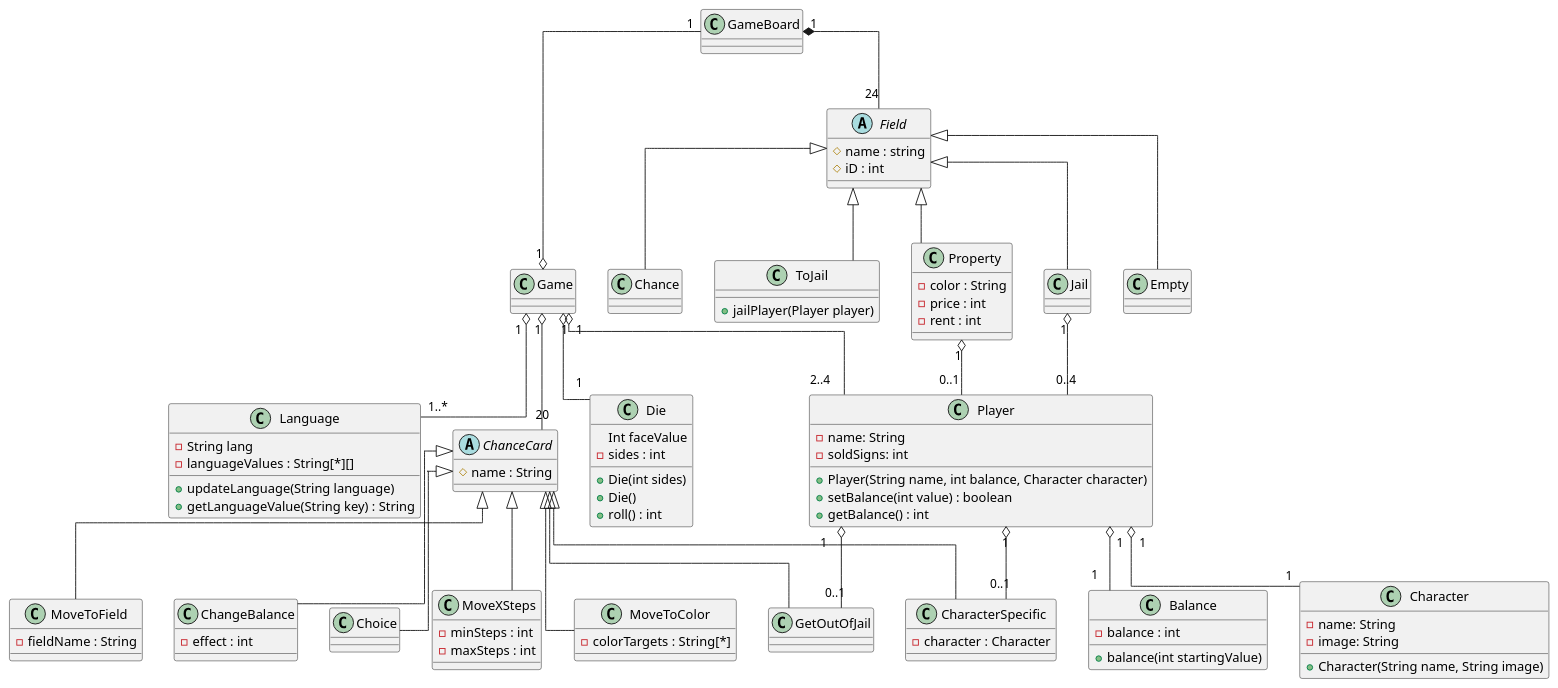
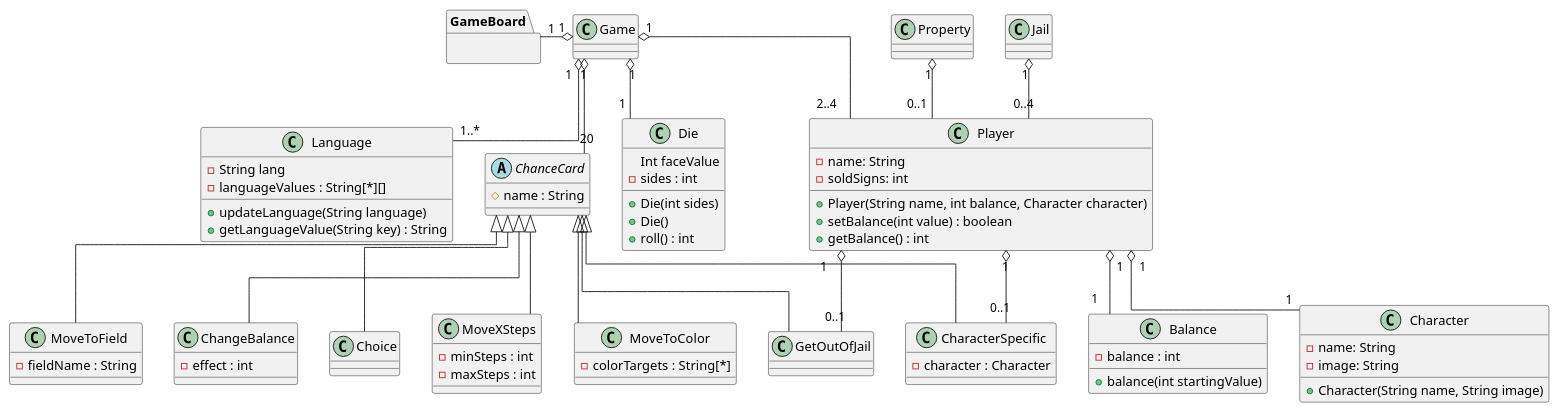
One commit to Gruppe-10-DTU/CDIO-FINAL changed the diagram in src/main/resources/DesignClass.puml. Above: the diagram before and after it, drawn with PlantUML. The commit also changed 1 other file, not shown here.

Commit message:
move GameBoard to seperate diagram

```diff
--- a/src/main/resources/DesignClass.puml
+++ b/src/main/resources/DesignClass.puml
@@ -1,121 +1,93 @@
 @startuml
 skinparam linetype polyline
 skinparam linetype ortho
 
-Class Player {
+class Player {
  - name: String
  - soldSigns: int
  + Player(String name, int balance, Character character)
  + setBalance(int value) : boolean
  + getBalance() : int
 }
-Class Character {
+class Character {
  - name: String
  - image: String
  + Character(String name, String image)
 }
-Class GameBoard{
+package GameBoard{
 }
-Class Balance {
+
+class Balance {
   - balance : int
   + balance(int startingValue)
 }
-Abstract Field {
- # name : string
- # iD : int
-}
 
-Class Property {
- - color : String
- - price : int
- - rent : int
-}
-Class Empty{
 
-}
-
-Class Chance {
-
-}
-
-Class Jail {
-
-}
-
-Class ToJail {
- + jailPlayer(Player player)
-}
 
 Abstract ChanceCard{
  # name : String
 }
 
-Class Choice {
+class Choice {
 
 }
 
-Class MoveXSteps {
+class MoveXSteps {
  - minSteps : int
  - maxSteps : int
 }
-Class MoveToColor {
+class MoveToColor {
  - colorTargets : String[*]
 }
 
-Class MoveToField {
+class MoveToField {
  - fieldName : String
 }
 
-Class CharacterSpecific {
+class CharacterSpecific {
  - character : Character
 }
 
-Class ChangeBalance {
+class ChangeBalance {
  - effect : int
 }
 
-Class GetOutOfJail {
+class GetOutOfJail {
 
 }
 
-Class Die {
+class Die {
  Int faceValue
  - sides : int
  + Die(int sides)
  + Die()
  + roll() : int
 }
-Class Language {
+class Language {
  - String lang
  - languageValues : String[*][]
  + updateLanguage(String language)
  + getLanguageValue(String key) : String
 }
 
 ChanceCard <|-- Choice
 ChanceCard <|-- CharacterSpecific
 ChanceCard <|-- ChangeBalance
 ChanceCard <|-- GetOutOfJail
 ChanceCard <|-- MoveXSteps
 ChanceCard <|-- MoveToField
 ChanceCard <|-- MoveToColor
 
-Field <|-- Property
-Field <|-- Empty
-Field <|-- Chance
-Field <|-- Jail
-Field <|-- ToJail
-
 Player "1" o-- "0..1" GetOutOfJail
 Player "1" o-- "0..1" CharacterSpecific
 Player "1" o-- "1" Balance
 Player "1" o-- "1" Character
 Game "1" o-- "1..*" Language
 Game "1" o-left- "1" GameBoard
 Game "1" o-- "20" ChanceCard
 Game"1" o-- "1" Die
 Game "1" o-right- "2..4" Player
-GameBoard "1" *-- "24" Field
+
 Property "1" o-- "0..1" Player
 Jail "1" o-- "0..4" Player
 @enduml
```
